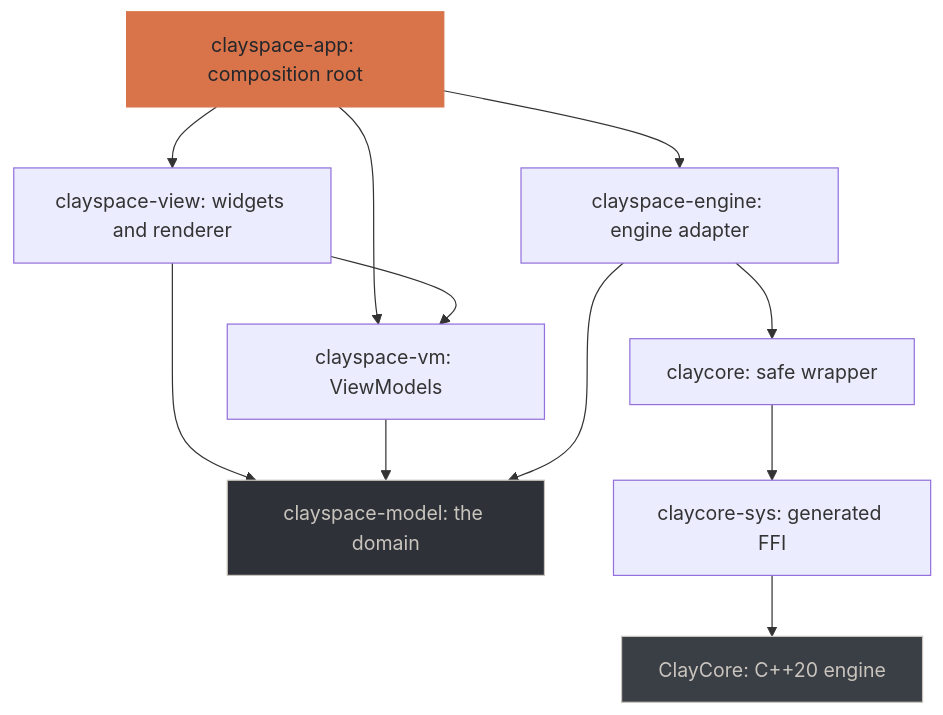
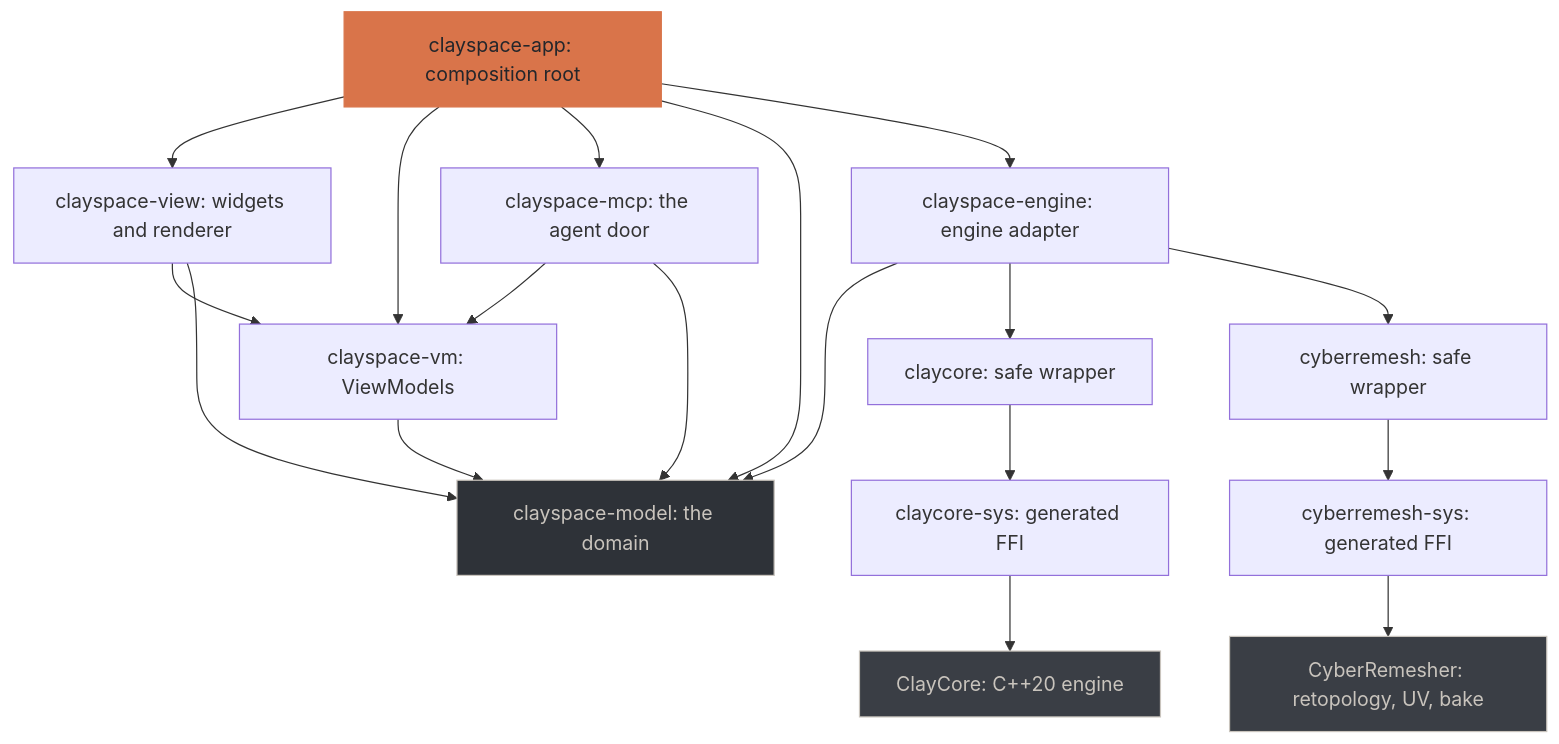
One commit to CyberdyneCorp/ClaySpaceDesktop changed the third of 7 diagrams in README.md. Above: the diagram before and after it, drawn with Mermaid. The commit also changed other lines of this file, not shown here.

````diff
--- a/README.md
+++ b/README.md
@@ -1063,26 +1138,38 @@
 ```mermaid
 graph TD
     APP["clayspace-app: composition root"]
     VIEW["clayspace-view: widgets and renderer"]
     VM["clayspace-vm: ViewModels"]
     MODEL["clayspace-model: the domain"]
+    MCP["clayspace-mcp: the agent door"]
     ENGINE["clayspace-engine: engine adapter"]
     SAFE["claycore: safe wrapper"]
     SYS["claycore-sys: generated FFI"]
     CLAY["ClayCore: C++20 engine"]
+    RSAFE["cyberremesh: safe wrapper"]
+    RSYS["cyberremesh-sys: generated FFI"]
+    REMESH["CyberRemesher: retopology, UV, bake"]
 
     APP --> VIEW
     APP --> VM
+    APP --> MCP
+    APP --> MODEL
     APP --> ENGINE
     VIEW --> VM
     VIEW --> MODEL
+    MCP --> VM
+    MCP --> MODEL
     VM --> MODEL
     ENGINE --> MODEL
     ENGINE --> SAFE
+    ENGINE --> RSAFE
     SAFE --> SYS
     SYS --> CLAY
+    RSAFE --> RSYS
+    RSYS --> REMESH
 
     style MODEL fill:#2E3238,stroke:#C9C4BD,color:#C9C4BD
     style APP fill:#D9744A,stroke:#D9744A,color:#23262B
     style CLAY fill:#3A3E45,stroke:#C9C4BD,color:#C9C4BD
+    style REMESH fill:#3A3E45,stroke:#C9C4BD,color:#C9C4BD
 ```
````
